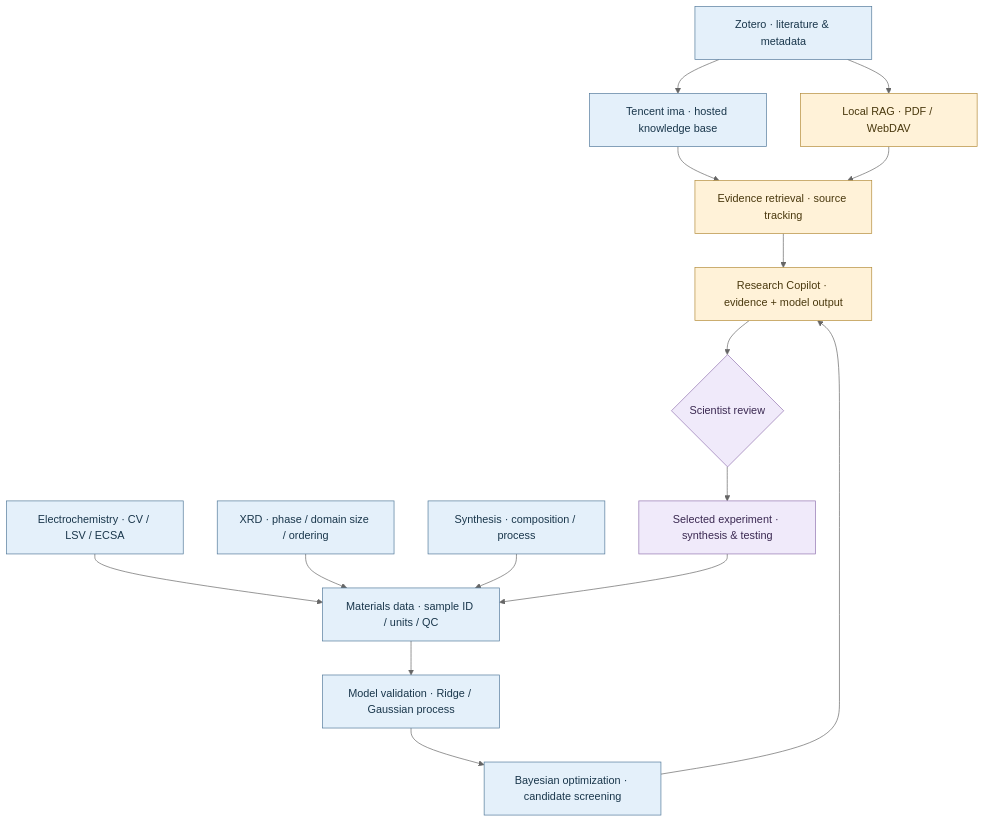
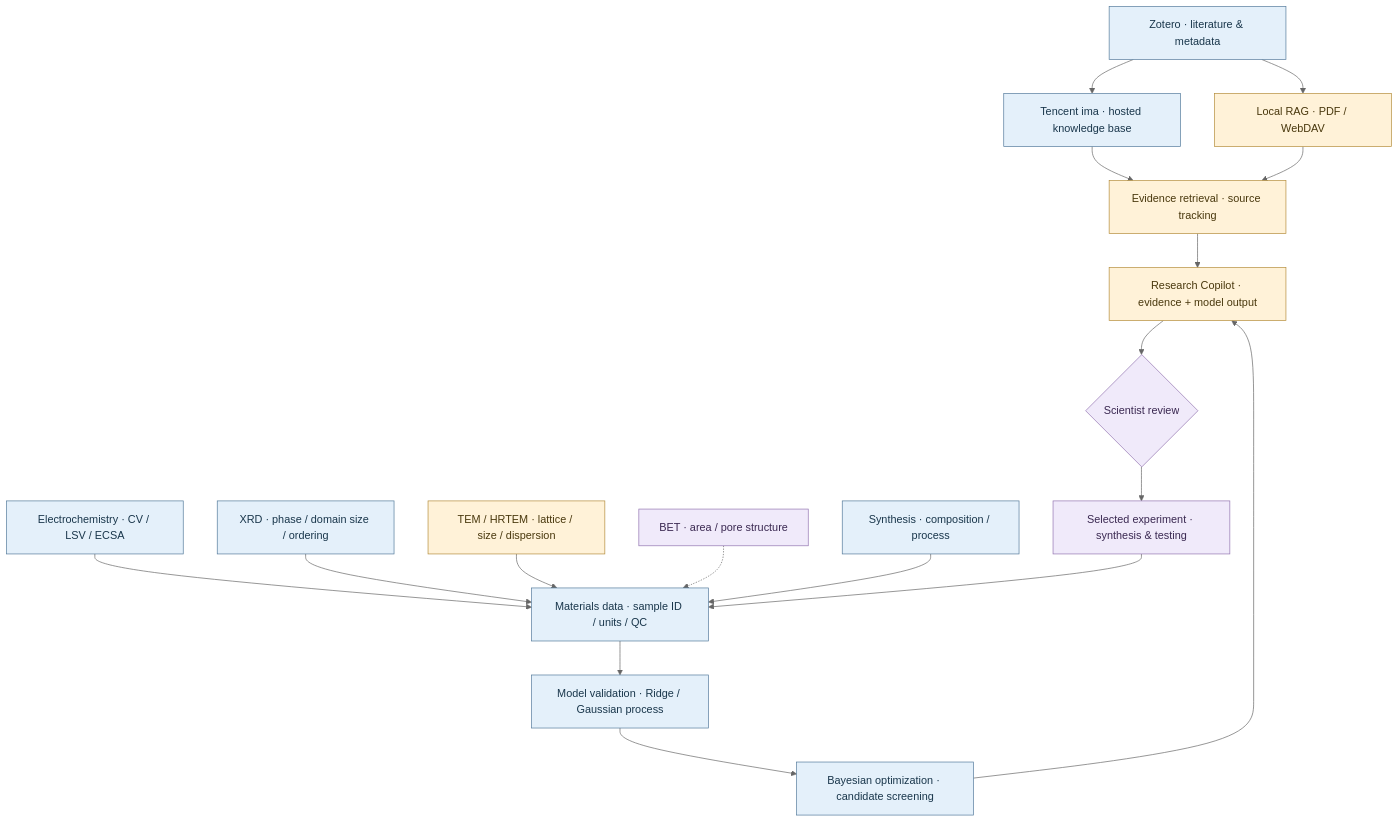
The diagram in README.md (ANDYPENG09/ANDYPENG09), drawn with Mermaid (neutral theme) before and after one commit. The commit also changed other lines of this file, not shown here.

Commit message:
Include TEM analyzer and planned BET pore characterization in AI4M/S architecture

````diff
--- a/README.md
+++ b/README.md
@@ -22,23 +22,25 @@
 ```mermaid
 flowchart TD
     Z["Zotero · literature & metadata"] --> I["Tencent ima · hosted knowledge base"]
     Z --> L["Local RAG · PDF / WebDAV"]
     I --> R["Evidence retrieval · source tracking"]
     L --> R
     A["Electrochemistry · CV / LSV / ECSA"] --> D["Materials data · sample ID / units / QC"]
     X["XRD · phase / domain size / ordering"] --> D
+    T["TEM / HRTEM · lattice / size / dispersion"] --> D
+    P["BET · area / pore structure"] -.-> D
     S["Synthesis · composition / process"] --> D
     D --> V["Model validation · Ridge / Gaussian process"]
     V --> B["Bayesian optimization · candidate screening"]
     R --> H["Research Copilot · evidence + model output"]
     B --> H
     H --> G{"Scientist review"}
     G --> E["Selected experiment · synthesis & testing"]
     E --> D
     classDef existing fill:#e4f0fa,stroke:#52799a,color:#19364b
     classDef prototype fill:#fff2d8,stroke:#b38b39,color:#49380d
     classDef planned fill:#f0eafa,stroke:#9274b0,color:#3a2851
     class Z,I,A,X,S,D,V,B existing
-    class L,R,H prototype
-    class G,E planned
+    class L,R,H,T prototype
+    class G,E,P planned
 ```
````
